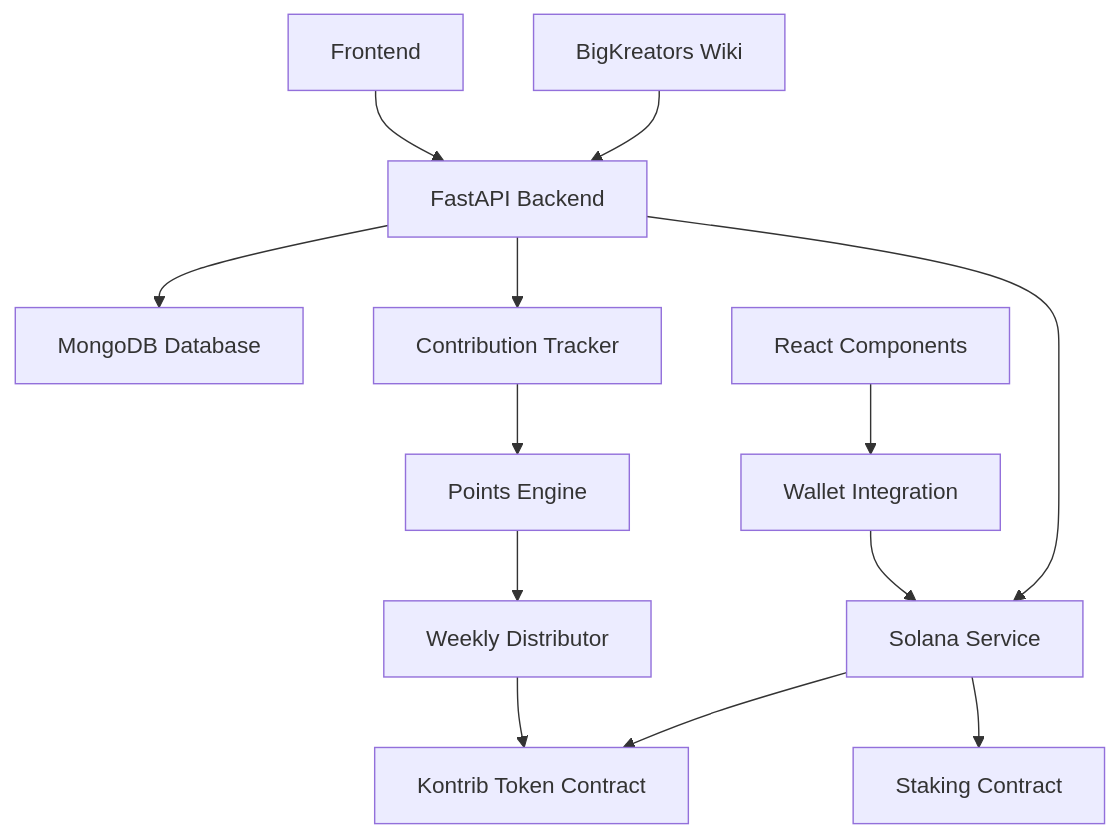
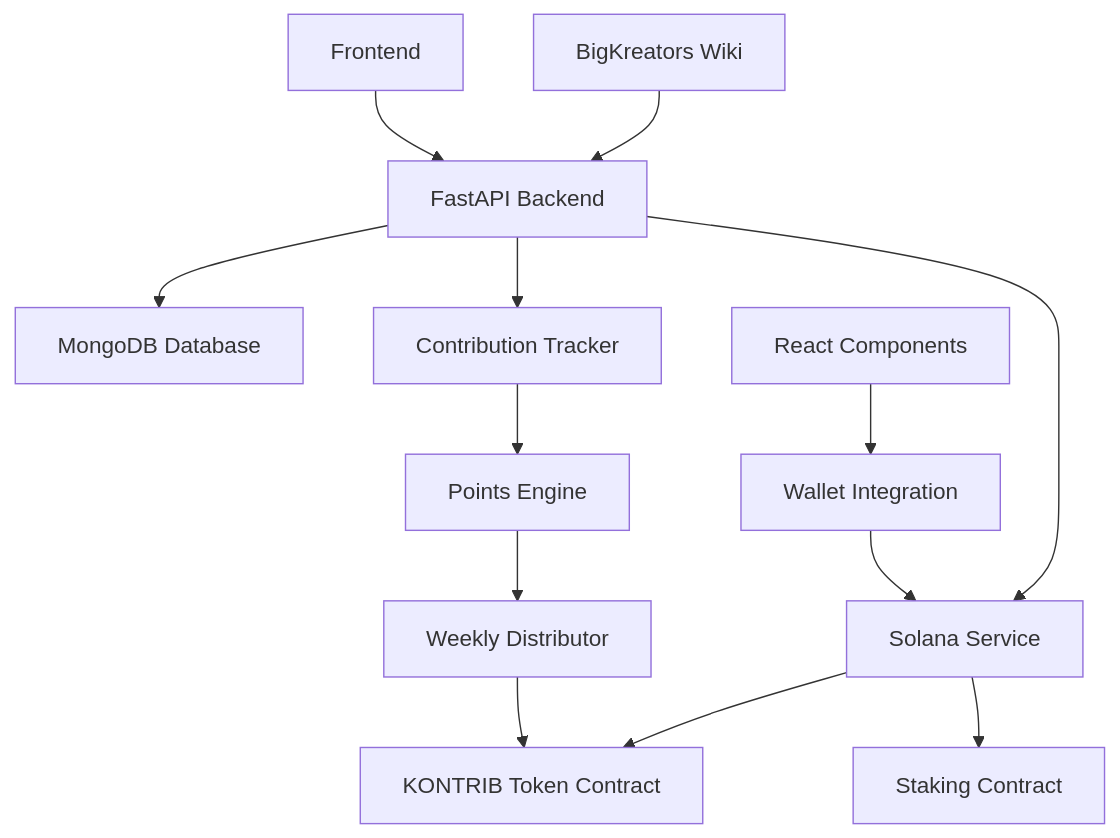
One commit to bigkreators/bigkreators.com changed the diagram in token/kontrib_token_wiki.md. Above: the diagram before and after it, drawn with Mermaid. The commit also changed other lines of this file and 5 other files, not shown here.

````diff
--- a/token/kontrib_token_wiki.md
+++ b/token/kontrib_token_wiki.md
@@ -82,16 +103,16 @@
 ```mermaid
 graph TB
     A[BigKreators Wiki] --> B[FastAPI Backend]
     B --> C[MongoDB Database]
     B --> D[Solana Service]
-    D --> E[Kontrib Token Contract]
+    D --> E[KONTRIB Token Contract]
     D --> F[Staking Contract]
     B --> G[Contribution Tracker]
     G --> H[Points Engine]
     H --> I[Weekly Distributor]
     I --> E
     
     J[Frontend] --> B
     K[Wallet Integration] --> D
     L[React Components] --> K
 ```
````
